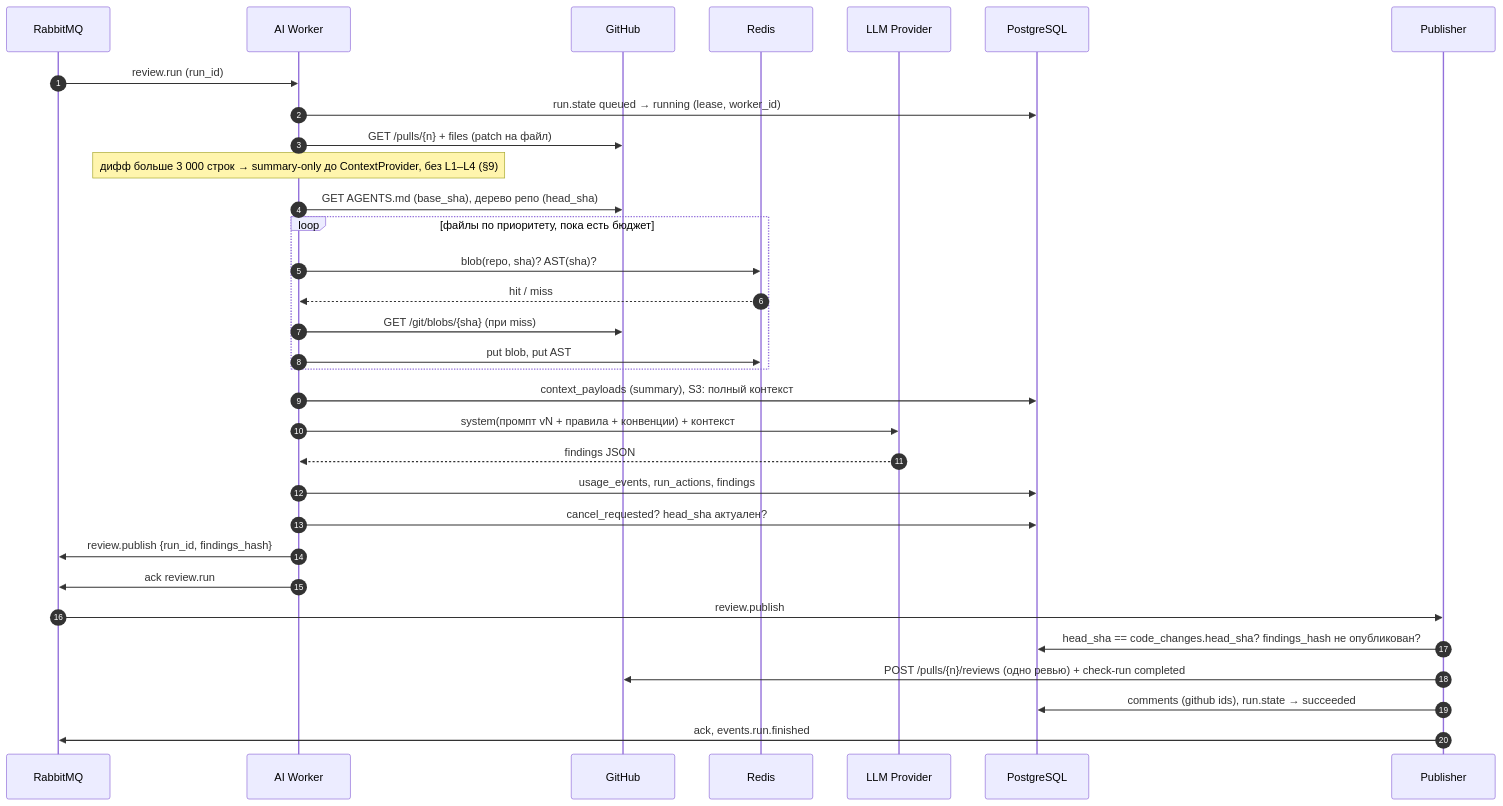
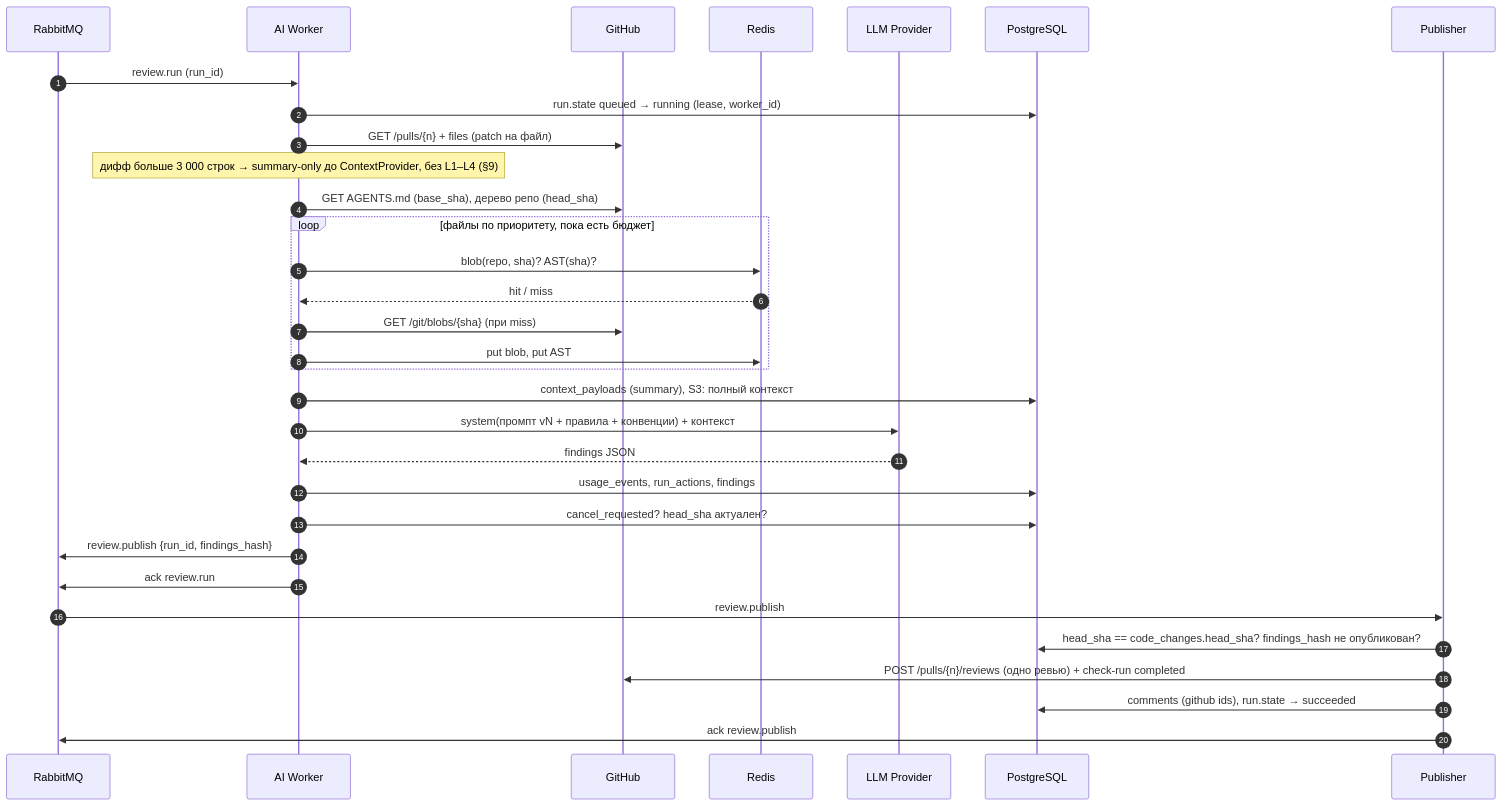
The fifth of 8 diagrams in docs/SYSTEM_DESIGN.md (larchanka-training/dmc-268-api-t6), drawn with Mermaid before and after one commit. The commit also changed other lines of this file and 1 other file, not shown here.

````diff
--- a/docs/SYSTEM_DESIGN.md
+++ b/docs/SYSTEM_DESIGN.md
@@ -219,35 +237,35 @@
 ```mermaid
 sequenceDiagram
   autonumber
   participant MQ as RabbitMQ
   participant W as AI Worker
   participant GH as GitHub
   participant R as Redis
   participant LLM as LLM Provider
   participant PG as PostgreSQL
   participant P as Publisher
 
   MQ->>W: review.run (run_id)
   W->>PG: run.state queued → running (lease, worker_id)
   W->>GH: GET /pulls/{n} + files (patch на файл)
   Note over W: дифф больше 3 000 строк → summary-only до ContextProvider, без L1–L4 (§9)
   W->>GH: GET AGENTS.md (base_sha), дерево репо (head_sha)
   loop файлы по приоритету, пока есть бюджет
     W->>R: blob(repo, sha)? AST(sha)?
     R-->>W: hit / miss
     W->>GH: GET /git/blobs/{sha} (при miss)
     W->>R: put blob, put AST
   end
   W->>PG: context_payloads (summary), S3: полный контекст
   W->>LLM: system(промпт vN + правила + конвенции) + контекст
   LLM-->>W: findings JSON
   W->>PG: usage_events, run_actions, findings
   W->>PG: cancel_requested? head_sha актуален?
   W->>MQ: review.publish {run_id, findings_hash}
   W->>MQ: ack review.run
   MQ->>P: review.publish
   P->>PG: head_sha == code_changes.head_sha? findings_hash не опубликован?
   P->>GH: POST /pulls/{n}/reviews (одно ревью) + check-run completed
   P->>PG: comments (github ids), run.state → succeeded
-  P->>MQ: ack, events.run.finished
+  P->>MQ: ack review.publish
 ```
````
